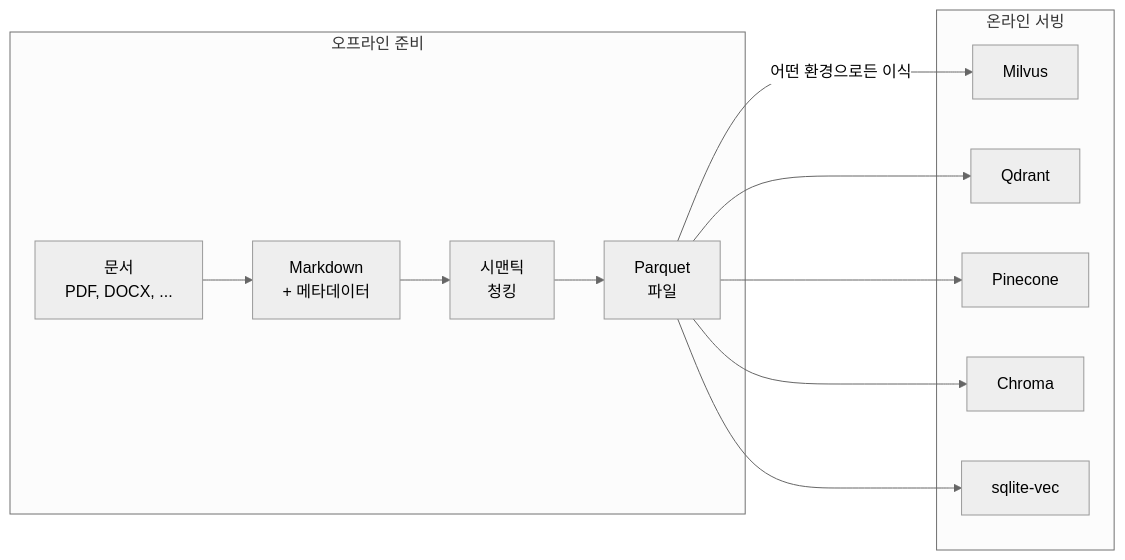
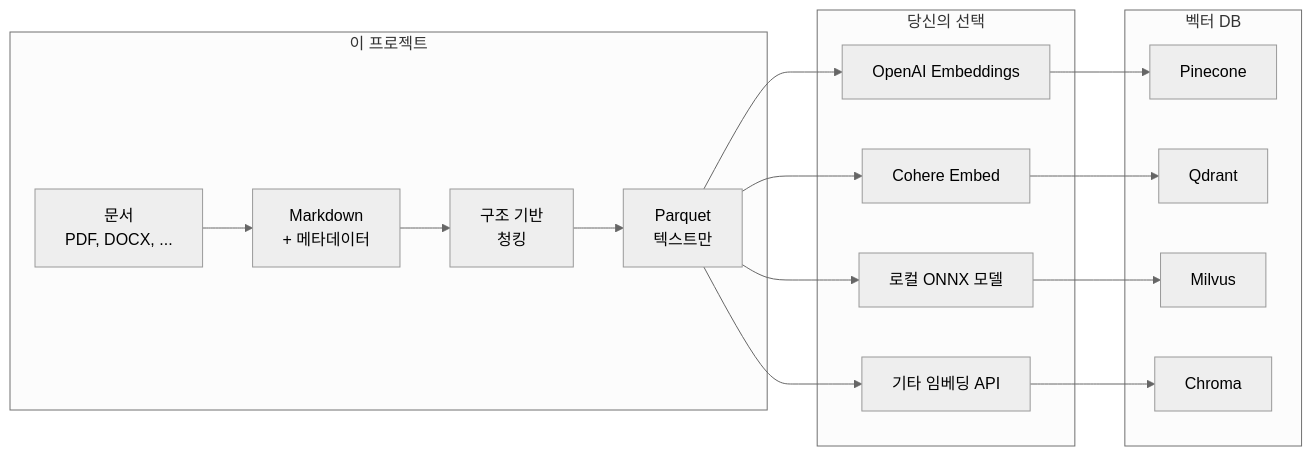
Before and after one commit to rkttu/reconsidered_rag: the diagram in README.ko.md, drawn with Mermaid (neutral theme). The commit also changed other lines of this file and 11 other files, not shown here.

````diff
--- a/README.ko.md
+++ b/README.ko.md
@@ -18,22 +17,31 @@
 ```mermaid
 flowchart LR
-    subgraph offline["오프라인 준비"]
+    subgraph this["이 프로젝트"]
         A[문서<br/>PDF, DOCX, ...] --> B[Markdown<br/>+ 메타데이터]
-        B --> C[시맨틱<br/>청킹]
-        C --> D[Parquet<br/>파일]
+        B --> C[구조 기반<br/>청킹]
+        C --> D[Parquet<br/>텍스트만]
     end
     
-    subgraph online["온라인 서빙"]
-        E[Milvus]
-        F[Qdrant]
-        G[Pinecone]
-        H[Chroma]
-        I[sqlite-vec]
+    subgraph yours["당신의 선택"]
+        E[OpenAI Embeddings]
+        F[Cohere Embed]
+        G[로컬 ONNX 모델]
+        H[기타 임베딩 API]
     end
     
-    D -->|어떤 환경으로든 이식| E
+    subgraph vectordb["벡터 DB"]
+        I[Pinecone]
+        J[Qdrant]
+        K[Milvus]
+        L[Chroma]
+    end
+    
+    D --> E
     D --> F
     D --> G
     D --> H
-    D --> I
+    E --> I
+    F --> J
+    G --> K
+    H --> L
 ```
````
